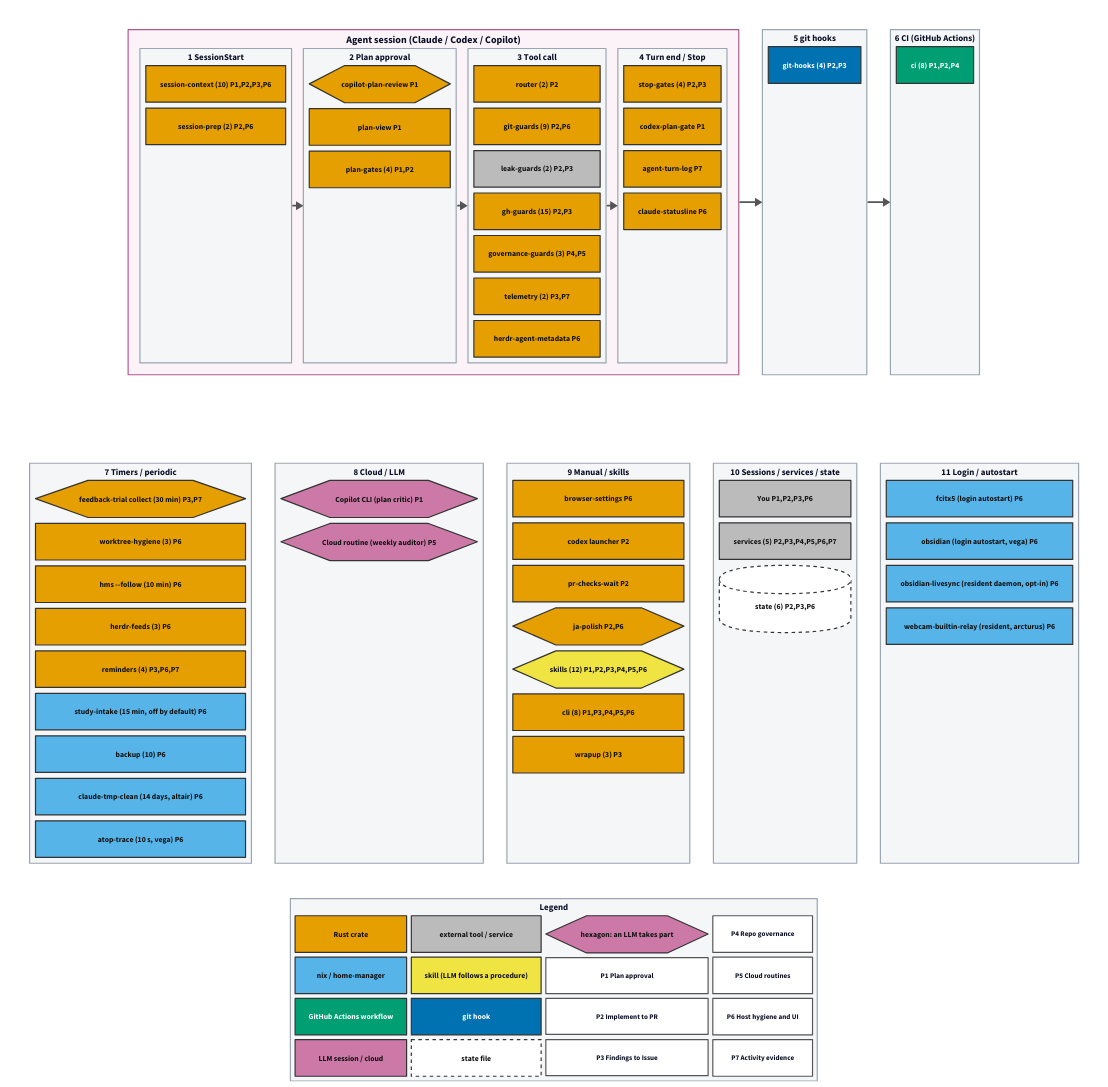
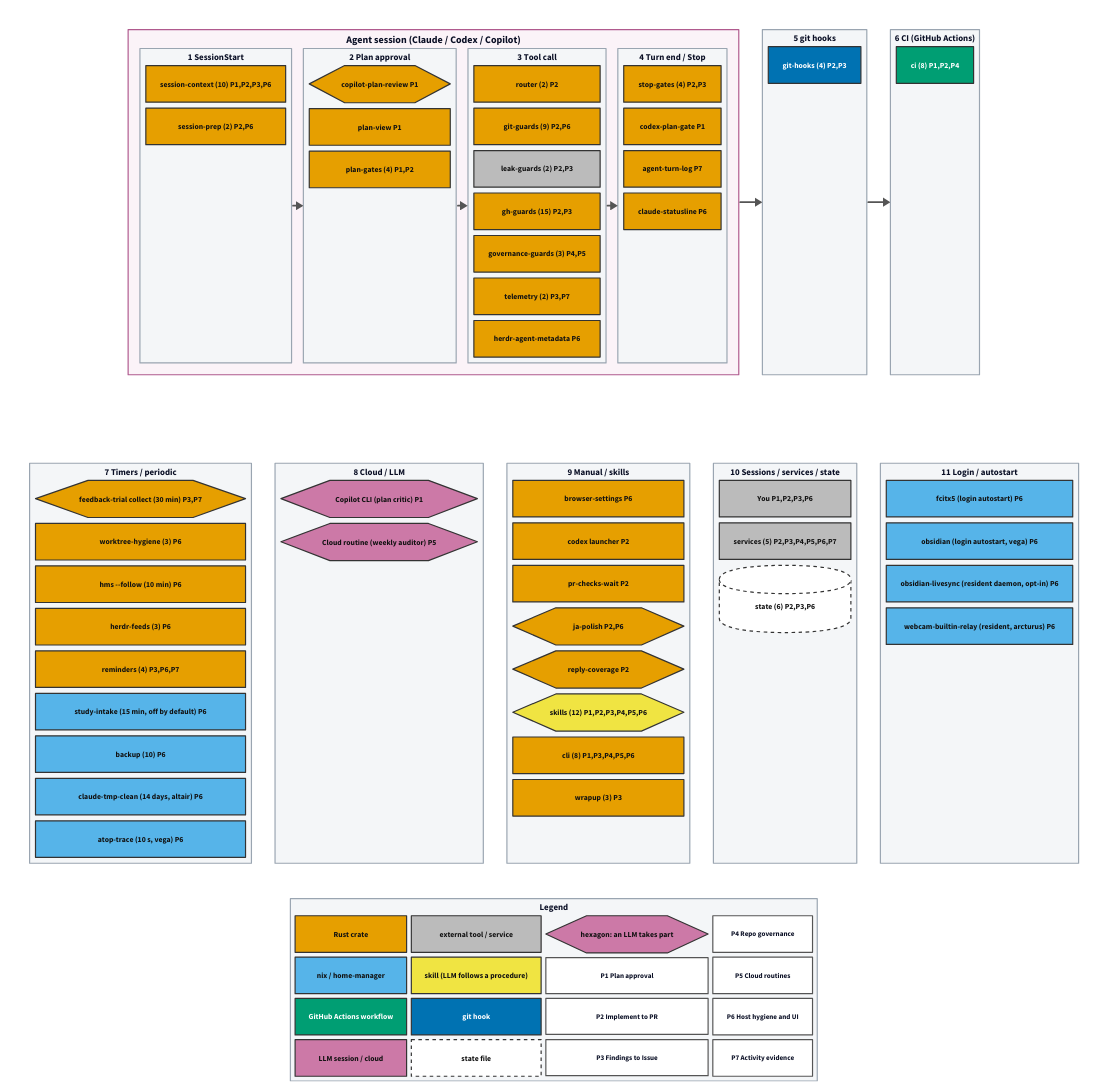
One commit to tarotene/dotfiles changed the diagram in docs/assets/pipeline-map/overview.d2. Above: the diagram before and after it, drawn with D2. The commit also changed 64 other files, not shown here.

Commit message:
feat(reply-coverage): 返信の下書きが相手の未決の依頼すべてに答えているかを検査する crate を足す (#1585)

```diff
--- a/docs/assets/pipeline-map/overview.d2
+++ b/docs/assets/pipeline-map/overview.d2
@@ -329,6 +329,10 @@
       class: s_rust
       shape: hexagon
     }
+    g_reply_coverage: "reply-coverage  P2" {
+      class: s_rust
+      shape: hexagon
+    }
     g_skills: "skills (12)  P1,P2,P3,P4,P5,P6" {
       class: s_skill
       shape: hexagon
```
